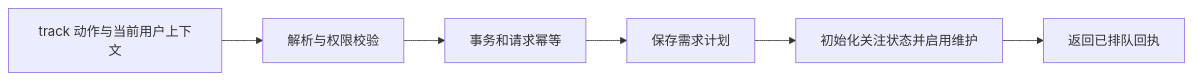
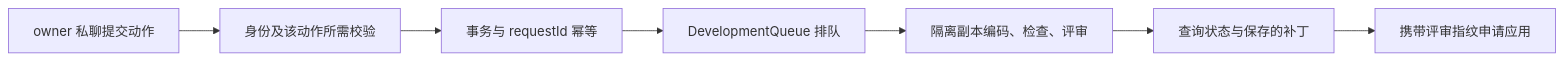
Before and after one commit to lejunyang/omem: the diagram in .repo-review/knowledge/articles/6e20b08938aab5b4813f7e44affb91e59e5d419291e32152b3f9044e992778ca.md, drawn with Mermaid. The commit also changed other lines of this file and 7 other files, not shown here.

````diff
--- a/.repo-review/knowledge/articles/6e20b08938aab5b4813f7e44affb91e59e5d419291e32152b3f9044e992778ca.md
+++ b/.repo-review/knowledge/articles/6e20b08938aab5b4813f7e44affb91e59e5d419291e32152b3f9044e992778ca.md
@@ -19,8 +23,9 @@
 ```mermaid
 flowchart LR
-  A[track 动作与当前用户上下文] --> B[解析与权限校验]
-  B --> C[事务和请求幂等]
-  C --> D[保存需求计划]
-  D --> E[初始化关注状态并启用维护]
-  E --> F[返回已排队回执]
+  A[owner 私聊提交动作] --> B[身份及该动作所需校验]
+  B --> C[事务与 requestId 幂等]
+  C --> D[DevelopmentQueue 排队]
+  D --> E[隔离副本编码、检查、评审]
+  E --> F[查询状态与保存的补丁]
+  F --> G[携带评审指纹申请应用]
 ```
````
